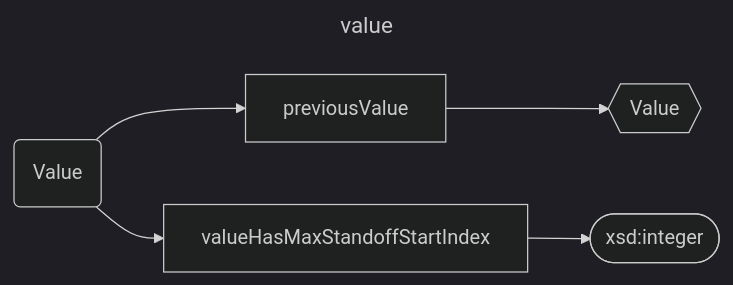
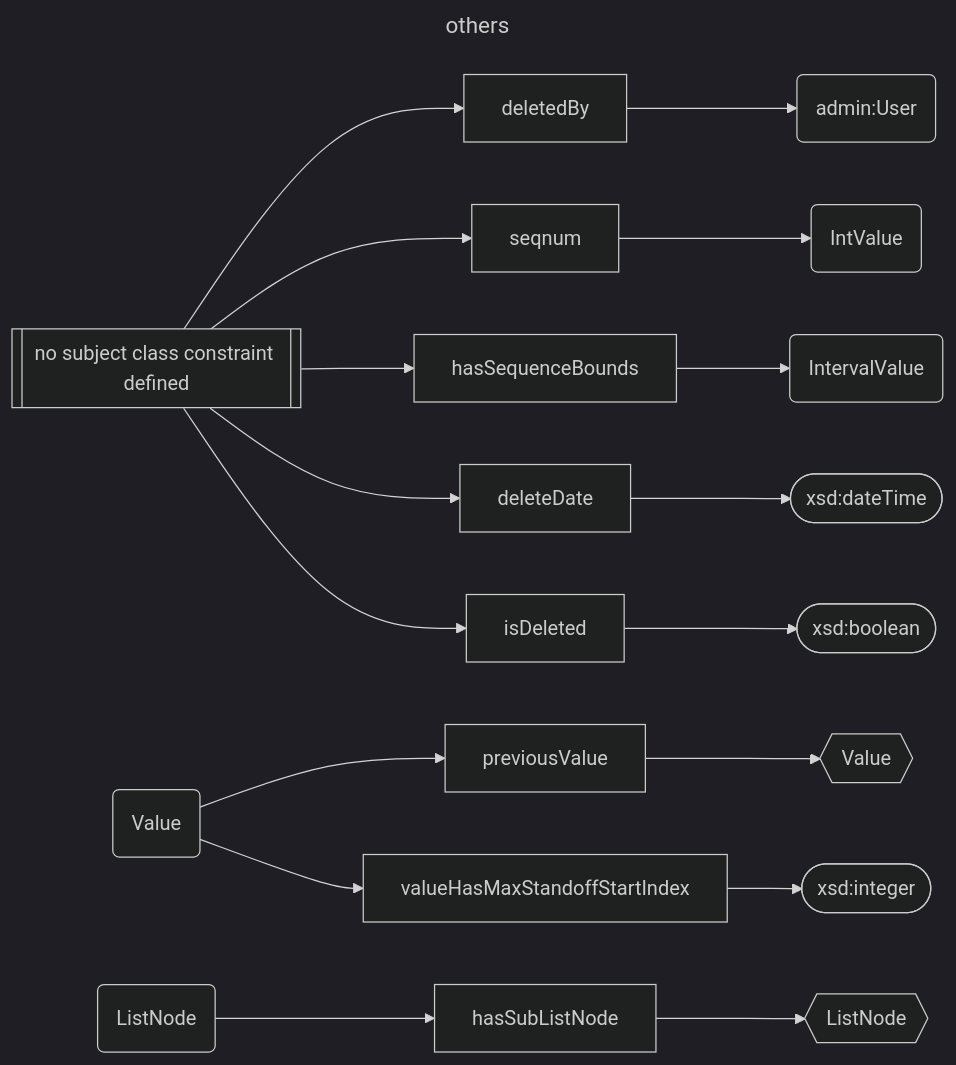
Before and after one commit to dasch-swiss/dsp-api: diagram 16 of 16 in docs/05-internals/design/domain/domain-model.md, drawn with Mermaid (dark theme). The commit also changed other lines of this file, not shown here.

````diff
--- a/docs/05-internals/design/domain/domain-model.md
+++ b/docs/05-internals/design/domain/domain-model.md
@@ -759,18 +844,34 @@
 ```mermaid
 ---
-title: value
+title: others
 ---
 flowchart LR
+  na[[no subject class constraint defined]]
+
   %% Classes
   Value(Value)
+  ListNode(ListNode)
+  User(admin:User)
+  IntValue(IntValue)
+  IntervalValue(IntervalValue)
 
   %% Duplicates
   _Value{{Value}}
+  _ListNode{{ListNode}}
 
   %% Values
-  integer1([xsd:integer])
+  integer([xsd:integer])
+  date([xsd:dateTime])
+  boolean([xsd:boolean])
 
   %% Relations
   Value --> previousValue --> _Value
-  Value --> valueHasMaxStandoffStartIndex --> integer1
+  Value --> valueHasMaxStandoffStartIndex --> integer
+  ListNode --> hasSubListNode --> _ListNode
+
+  na --> deletedBy --> User
+  na --> seqnum --> IntValue
+  na --> hasSequenceBounds --> IntervalValue
+  na --> deleteDate --> date
+  na --> isDeleted --> boolean
 ```
````
